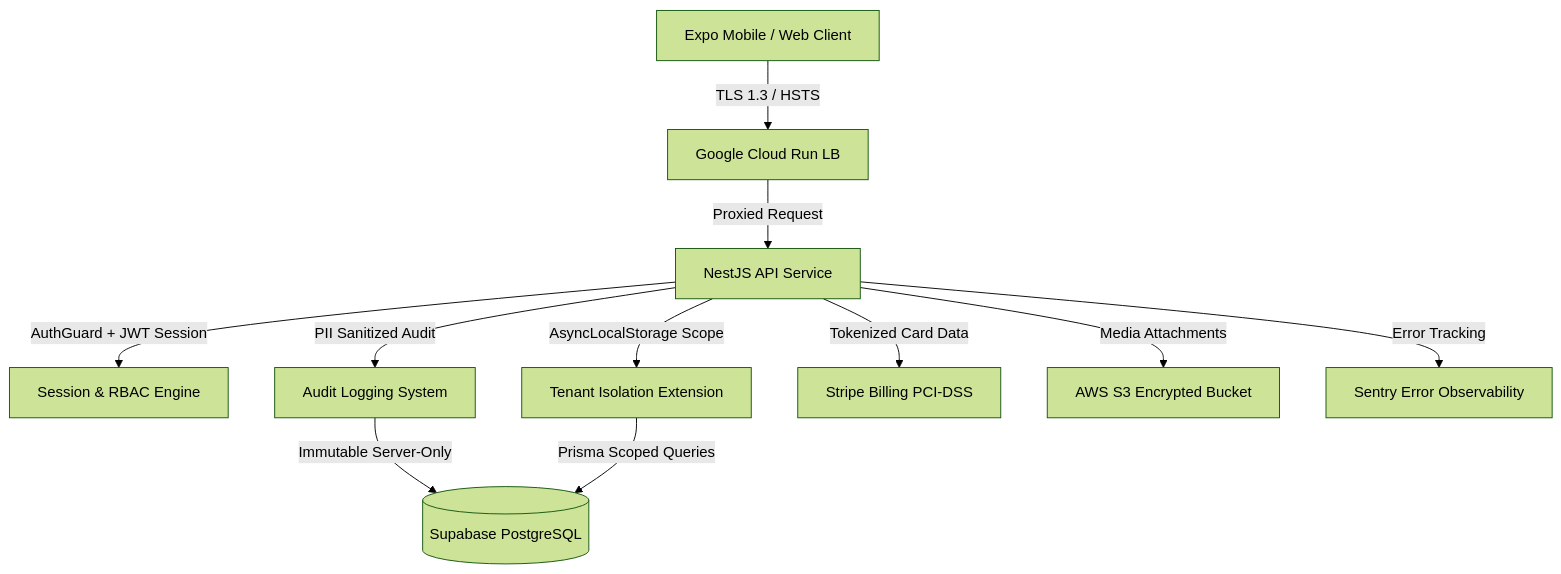
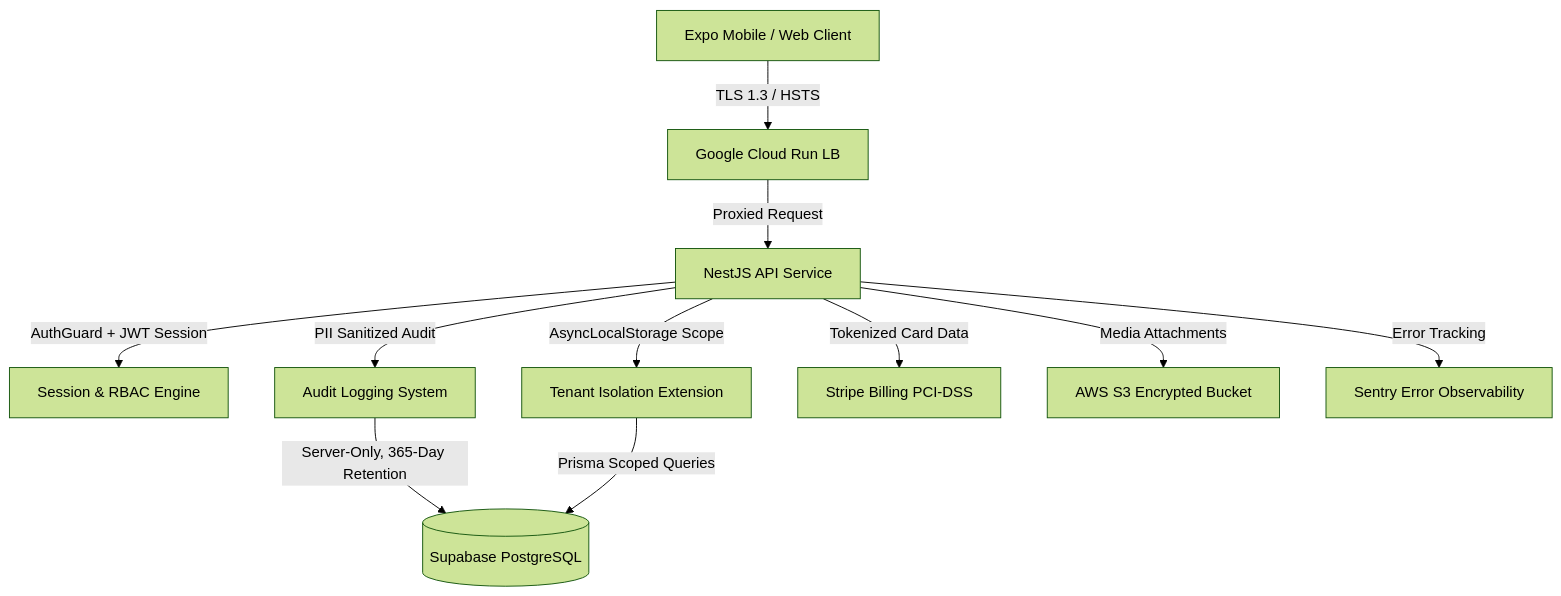
One commit to lwhobley/venueflow-app changed the diagram in docs/soc2/README.md. Above: the diagram before and after it, drawn with Mermaid (forest theme). The commit also changed other lines of this file and 24 other files, not shown here.

````diff
--- a/docs/soc2/README.md
+++ b/docs/soc2/README.md
@@ -37,13 +37,13 @@
 ```mermaid
 graph TD
     Client[Expo Mobile / Web Client] -->|TLS 1.3 / HSTS| LB[Google Cloud Run LB]
     LB -->|Proxied Request| API[NestJS API Service]
     API -->|AuthGuard + JWT Session| Auth[Session & RBAC Engine]
     API -->|AsyncLocalStorage Scope| TenantScope[Tenant Isolation Extension]
     API -->|PII Sanitized Audit| AuditService[Audit Logging System]
-    AuditService -->|Immutable Server-Only| DB[(Supabase PostgreSQL)]
+    AuditService -->|Server-Only, 365-Day Retention| DB[(Supabase PostgreSQL)]
     TenantScope -->|Prisma Scoped Queries| DB
     API -->|Tokenized Card Data| Stripe[Stripe Billing PCI-DSS]
     API -->|Media Attachments| S3[AWS S3 Encrypted Bucket]
     API -->|Error Tracking| Sentry[Sentry Error Observability]
 ```
````
